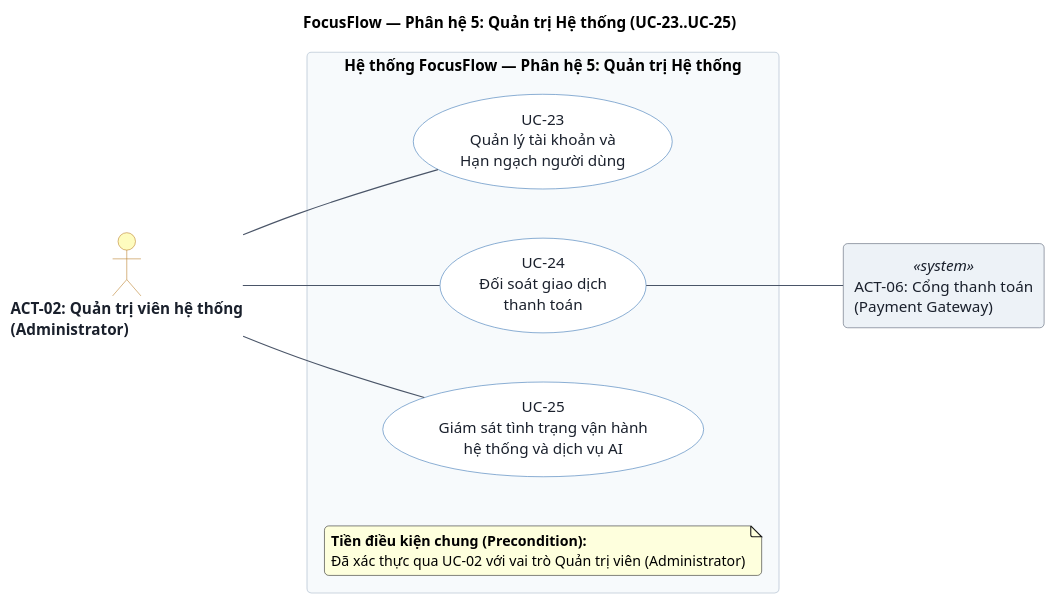
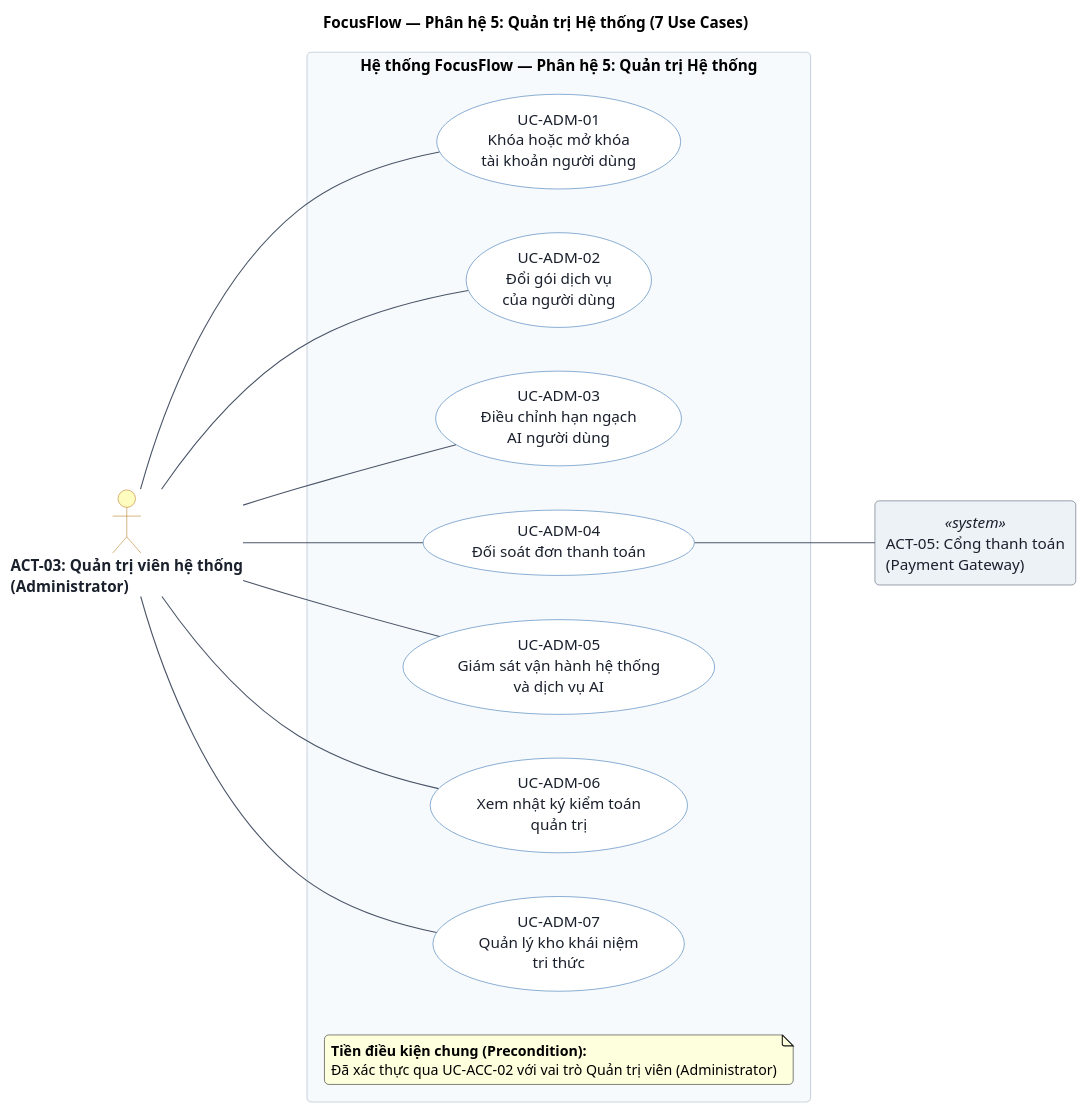
One commit to Coffat/FocusFlow changed the diagram in docs/uml/use-cases/uc-mod-05-system-administration.puml. Above: the diagram before and after it, drawn with PlantUML. The commit also changed 26 other files, not shown here.

Commit message:
docs(uml): update use case specifications, modular diagrams, and PlantUML models

```diff
--- a/docs/uml/use-cases/uc-mod-05-system-administration.puml
+++ b/docs/uml/use-cases/uc-mod-05-system-administration.puml
@@ -1,65 +1,86 @@
 @startuml uc-mod-05-system-administration
-title FocusFlow — Phân hệ 5: Quản trị Hệ thống (UC-23..UC-25)
+' ========================================================
+' Chuẩn hóa 8 Tác nhân (ACT-00..ACT-07): 4 Human/Role Actors + 4 External System Actors
+' Tuân thủ nghiêm ngặt OMG UML 2.5.1 Clause 18: Các thành phần nội bộ (Taskiq, Redis, DB,
+' AI Harness) và bộ định thời nội bộ (internal clock triggers) nằm bên trong Ranh giới Hệ thống.
+' ========================================================
+title FocusFlow — Phân hệ 5: Quản trị Hệ thống (7 Use Cases)
 
 left to right direction
 skinparam packageStyle rectangle
 skinparam roundcorner 8
 skinparam monochrome false
 skinparam shadowing false
 skinparam defaultFontName "Helvetica", "Arial", sans-serif
-skinparam nodesep 45
+skinparam nodesep 40
 skinparam ranksep 75
 
 skinparam actor {
     BackgroundColor #FEFCBF
     BorderColor #B7791F
     FontColor #1A202C
     FontStyle bold
 }
 
 skinparam usecase {
     BackgroundColor #FFFFFF
     BorderColor #2B6CB0
     ArrowColor #4A5568
     FontColor #1A202C
 }
 
 skinparam package {
     BackgroundColor #F7FAFC
     BorderColor #CBD5E0
     FontColor #2D3748
     FontStyle bold
 }
 
 skinparam rectangle<<system>> {
     BackgroundColor #EDF2F7
     BorderColor #4A5568
     FontColor #1A202C
 }
 
-' 1. TÁC NHÂN CHÍNH (PRIMARY ACTOR - BÊN TRÁI)
-actor "ACT-02: Quản trị viên hệ thống\n(Administrator)" as Admin #FEFCBF
+' ========================================================
+' 1. TÁC NHÂN CON NGƯỜI / VAI TRÒ (HUMAN / ROLE ACTOR - BÊN TRÁI)
+' ========================================================
+actor "ACT-03: Quản trị viên hệ thống\n(Administrator)" as Admin #FEFCBF
 
+' ========================================================
 ' 2. RANH GIỚI HỆ THỐNG (SYSTEM BOUNDARY)
+' ========================================================
 rectangle "Hệ thống FocusFlow — Phân hệ 5: Quản trị Hệ thống" as Mod5Boundary {
-    usecase "UC-23\nQuản lý tài khoản và\nHạn ngạch người dùng" as UC23
-    usecase "UC-24\nĐối soát giao dịch\nthanh toán" as UC24
-    usecase "UC-25\nGiám sát tình trạng vận hành\nhệ thống và dịch vụ AI" as UC25
+    usecase "UC-ADM-01\nKhóa hoặc mở khóa\ntài khoản người dùng" as UC_ADM_01
+    usecase "UC-ADM-02\nĐổi gói dịch vụ\ncủa người dùng" as UC_ADM_02
+    usecase "UC-ADM-03\nĐiều chỉnh hạn ngạch\nAI người dùng" as UC_ADM_03
+    usecase "UC-ADM-04\nĐối soát đơn thanh toán" as UC_ADM_04
+    usecase "UC-ADM-05\nGiám sát vận hành hệ thống\nvà dịch vụ AI" as UC_ADM_05
+    usecase "UC-ADM-06\nXem nhật ký kiểm toán\nquản trị" as UC_ADM_06
+    usecase "UC-ADM-07\nQuản lý kho khái niệm\ntri thức" as UC_ADM_07
 
     note as N1
       <b>Tiền điều kiện chung (Precondition):</b>
-      Đã xác thực qua UC-02 với vai trò Quản trị viên (Administrator)
+      Đã xác thực qua UC-ACC-02 với vai trò Quản trị viên (Administrator)
     end note
 }
 
-' 3. TÁC NHÂN HỆ THỐNG PHỤ TRỢ (SUPPORTING SYSTEM ACTOR - BÊN PHẢI)
-rectangle "ACT-06: Cổng thanh toán\n(Payment Gateway)" as PayGateway <<system>>
+' ========================================================
+' 3. TÁC NHÂN HỆ THỐNG NGOẠI VI (EXTERNAL SYSTEM ACTOR - BÊN PHẢI)
+' ========================================================
+rectangle "ACT-05: Cổng thanh toán\n(Payment Gateway)" as PayGateway <<system>>
 
-' 4. QUAN HỆ (ASSOCIATIONS)
-Admin -- UC23
-Admin -- UC24
-Admin -- UC25
+' ========================================================
+' 4. QUAN HỆ GIAO TIẾP (ASSOCIATIONS)
+' ========================================================
+Admin -- UC_ADM_01
+Admin -- UC_ADM_02
+Admin -- UC_ADM_03
+Admin -- UC_ADM_04
+Admin -- UC_ADM_05
+Admin -- UC_ADM_06
+Admin -- UC_ADM_07
 
-UC24 -- PayGateway
+UC_ADM_04 -- PayGateway
 
 @enduml
```
